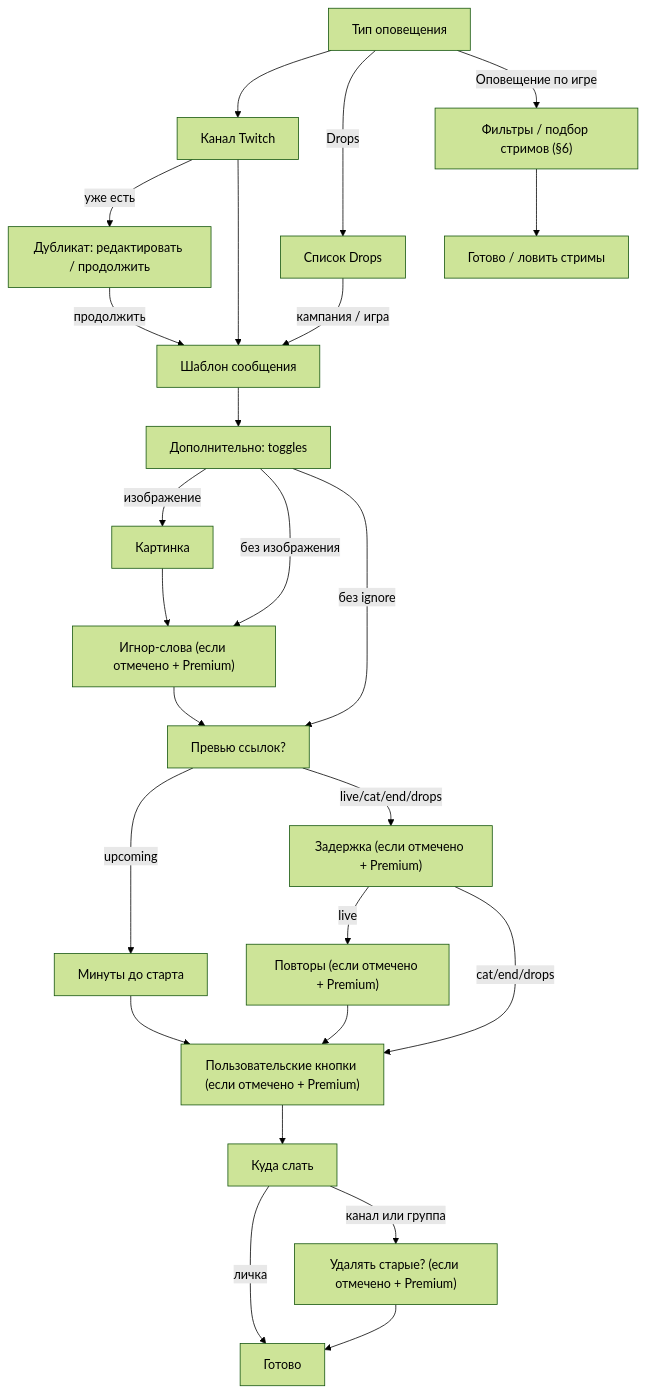
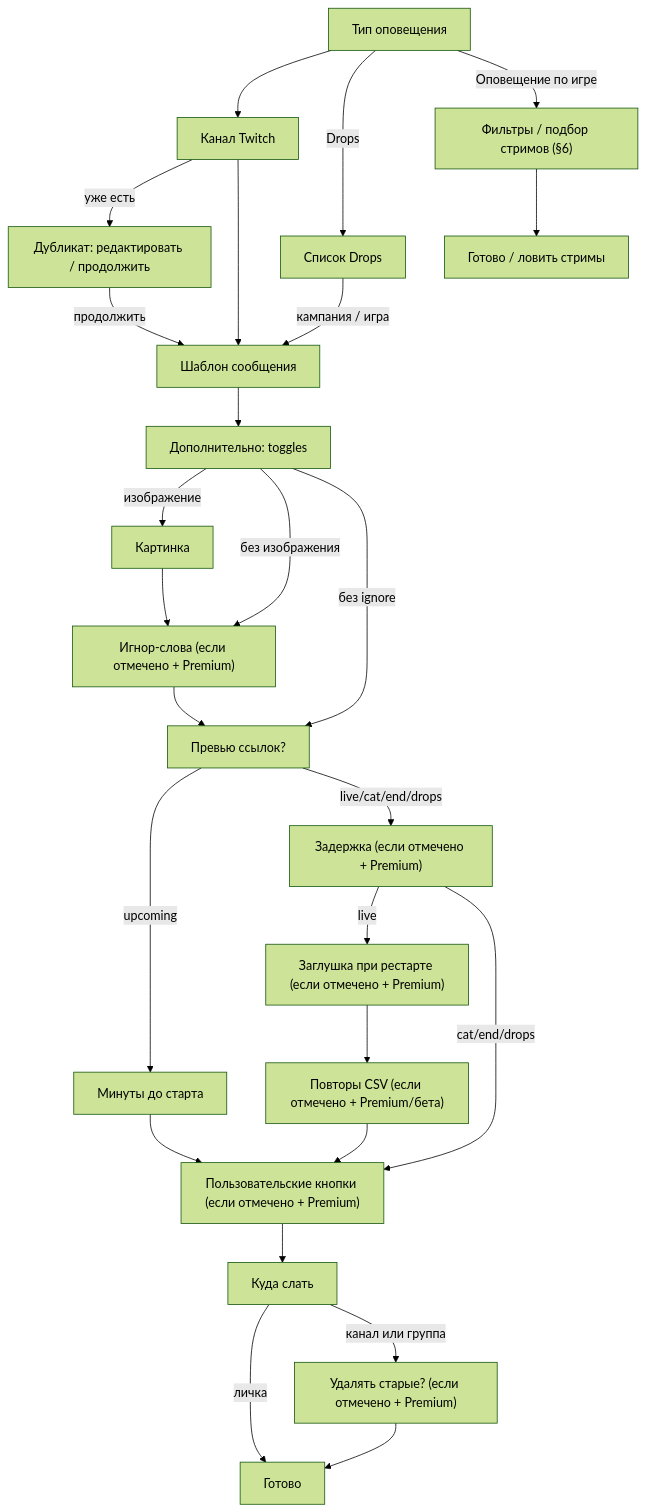
Before and after one commit to Marfa/twitch-telegram-bot: the second of 3 diagrams in docs/user-flow-map.ru.md, drawn with Mermaid (forest theme). The commit also changed other lines of this file and 32 other files, not shown here.

First line of the commit message:
Add alert repeats and overlap guard as beta advanced options.

````diff
--- a/docs/user-flow-map.ru.md
+++ b/docs/user-flow-map.ru.md
@@ -119,27 +119,28 @@
 ```mermaid
 flowchart TD
   AT["Тип оповещения"] --> CH["Канал Twitch"]
   AT -->|Drops| CAT["Список Drops"]
   AT -->|Оповещение по игре| WAT["Фильтры / подбор стримов (§6)"]
   CH -->|уже есть| DUP["Дубликат: редактировать / продолжить"]
   CH --> TPL["Шаблон сообщения"]
   CAT -->|кампания / игра| TPL
   DUP -->|продолжить| TPL
   TPL --> OPT["Дополнительно: toggles"]
   OPT -->|изображение| IMG["Картинка"]
   OPT -->|без изображения| IGN["Игнор-слова (если отмечено + Premium)"]
   IMG --> IGN
   IGN --> LP["Превью ссылок?"]
   OPT -->|без ignore| LP
   LP -->|upcoming| SRM["Минуты до старта"]
   LP -->|live/cat/end/drops| DL["Задержка (если отмечено + Premium)"]
-  DL -->|live| RP["Повторы (если отмечено + Premium)"]
-  RP --> BTN["Пользовательские кнопки (если отмечено + Premium)"]
+  DL -->|live| RST["Заглушка при рестарте (если отмечено + Premium)"]
+  RST --> REP["Повторы CSV (если отмечено + Premium<!--beta:alert-repeats-overlap-->/бета<!--/beta:alert-repeats-overlap-->)"]
+  REP --> BTN["Пользовательские кнопки (если отмечено + Premium)"]
   BTN --> DEST["Куда слать"]
   SRM --> BTN
   DL -->|cat/end/drops| BTN
   DEST -->|личка| DONE["Готово"]
   DEST -->|канал или группа| DEL["Удалять старые? (если отмечено + Premium)"]
   DEL --> DONE
   WAT --> ENDW["Готово / ловить стримы"]
 ```
````
